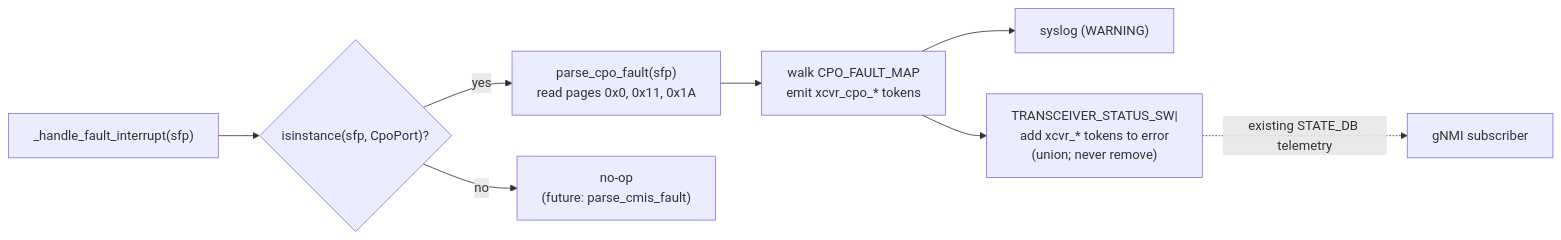
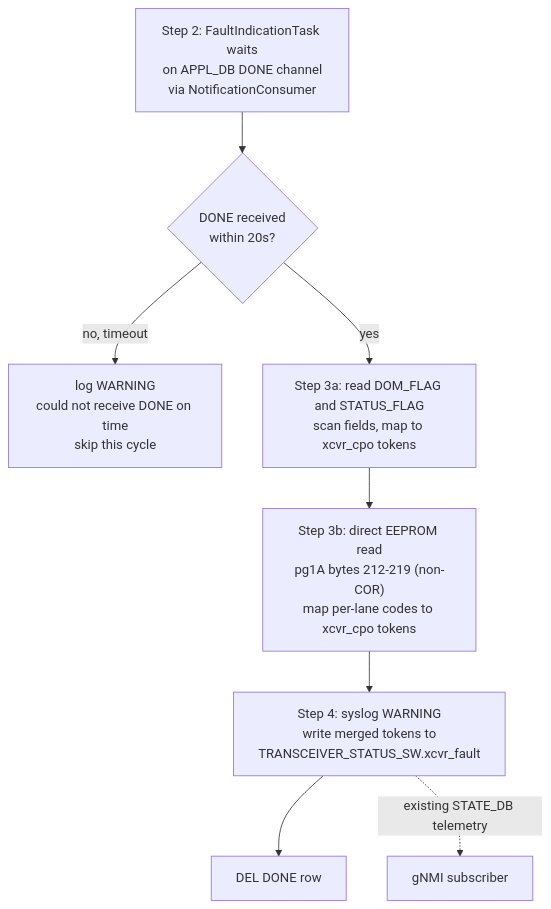
The third of 4 diagrams in doc/cpo-mellanox/cpo_fault_indication.md (noaOrMlnx/SONiC), drawn with Mermaid before and after one commit. The commit also changed other lines of this file, not shown here.

Commit message:
Revision2: Update HLD to use dom_mgr as CoR reader

````diff
--- a/doc/cpo-mellanox/cpo_fault_indication.md
+++ b/doc/cpo-mellanox/cpo_fault_indication.md
@@ -135,10 +140,11 @@
 ```mermaid
-flowchart LR
-  fault["_handle_fault_interrupt(sfp)"] --> typecheck{"isinstance(sfp, CpoPort)?"}
-  typecheck -->|"yes"| cpo["parse_cpo_fault(sfp)<br/>read pages 0x0, 0x11, 0x1A"]
-  typecheck -->|"no"| skip["no-op<br/>(future: parse_cmis_fault)"]
-  cpo --> tokens["walk CPO_FAULT_MAP<br/>emit xcvr_cpo_* tokens"]
-  tokens --> syslog["syslog (WARNING)"]
-  tokens --> db["TRANSCEIVER_STATUS_SW|<port><br/>add xcvr_* tokens to error<br/>(union; never remove)"]
-  db -.->|"existing STATE_DB telemetry"| gnmi["gNMI subscriber"]
+flowchart TD
+  wait["Step 2: FaultIndicationTask waits<br/>on APPL_DB DONE channel<br/>via NotificationConsumer"]
+  wait --> check{"DONE received<br/>within 20s?"}
+  check -->|no, timeout| logto["log WARNING<br/>could not receive DONE on time<br/>skip this cycle"]
+  check -->|yes| parse["Step 3a: read DOM_FLAG and STATUS_FLAG<br/>scan fields, map to xcvr_cpo tokens"]
+  parse --> direct["Step 3b: direct EEPROM read<br/>pg1A bytes 212-219 (non-COR)<br/>map per-lane codes to xcvr_cpo tokens"]
+  direct --> write["Step 4: syslog WARNING<br/>write merged tokens to<br/>TRANSCEIVER_STATUS_SW.xcvr_fault"]
+  write --> cleanup["DEL DONE row"]
+  write -.->|existing STATE_DB telemetry| gnmi["gNMI subscriber"]
 ```
````
